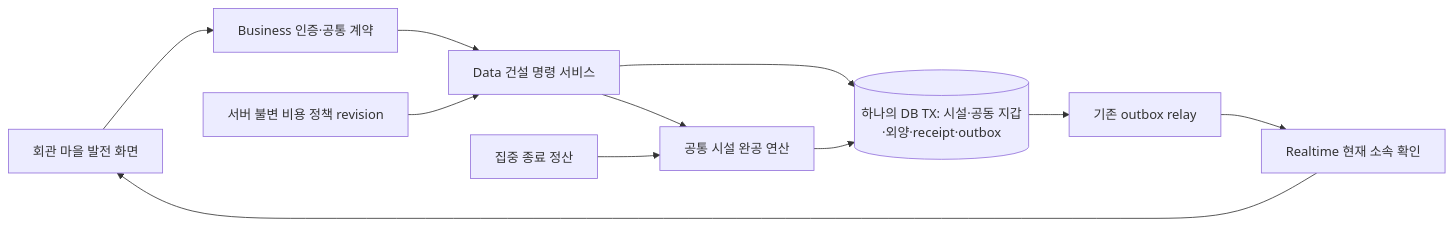
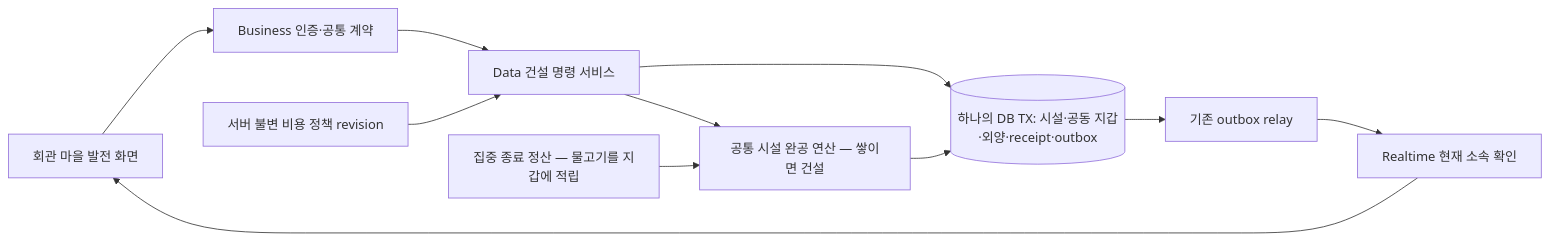
Before and after one commit to OneOrThree/phone: the first of 3 diagrams in docs/prd/fishcat/island-construction/high-level-design.md, drawn with Mermaid. The commit also changed other lines of this file and 25 other files, not shown here.

````diff
--- a/docs/prd/fishcat/island-construction/high-level-design.md
+++ b/docs/prd/fishcat/island-construction/high-level-design.md
@@ -5,13 +5,13 @@
 ```mermaid
 flowchart LR
   App[회관 마을 발전 화면] --> Business[Business 인증·공통 계약]
   Business --> Data[Data 건설 명령 서비스]
   Data --> TX[(하나의 DB TX: 시설·공동 지갑·외양·receipt·outbox)]
   Policy[서버 불변 비용 정책 revision] --> Data
-  Focus[집중 종료 정산] --> Completion[공통 시설 완공 연산]
+  Focus[집중 종료 정산 — 물고기를 지갑에 적립] --> Completion[공통 시설 완공 연산 — 쌓이면 건설]
   Data --> Completion
   Completion --> TX
   TX --> Relay[기존 outbox relay]
   Relay --> Realtime[Realtime 현재 소속 확인]
   Realtime --> App
 ```
````
